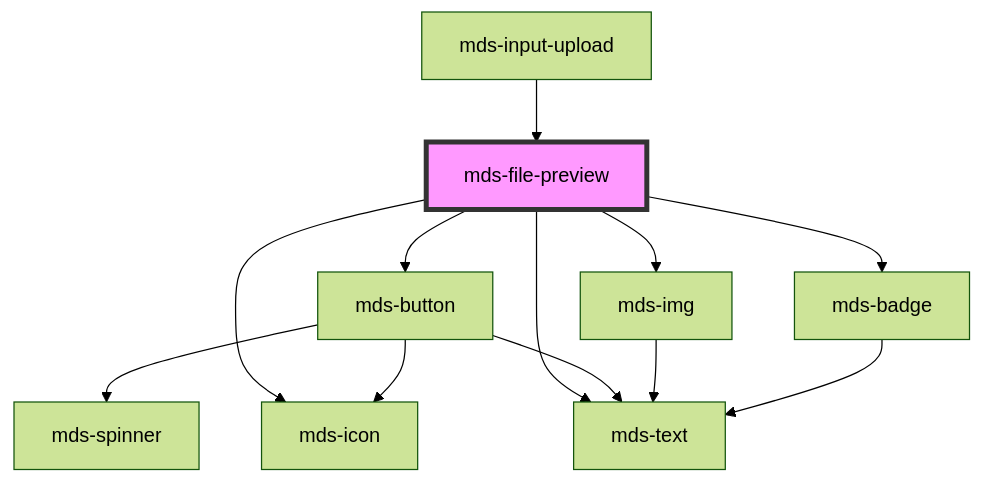
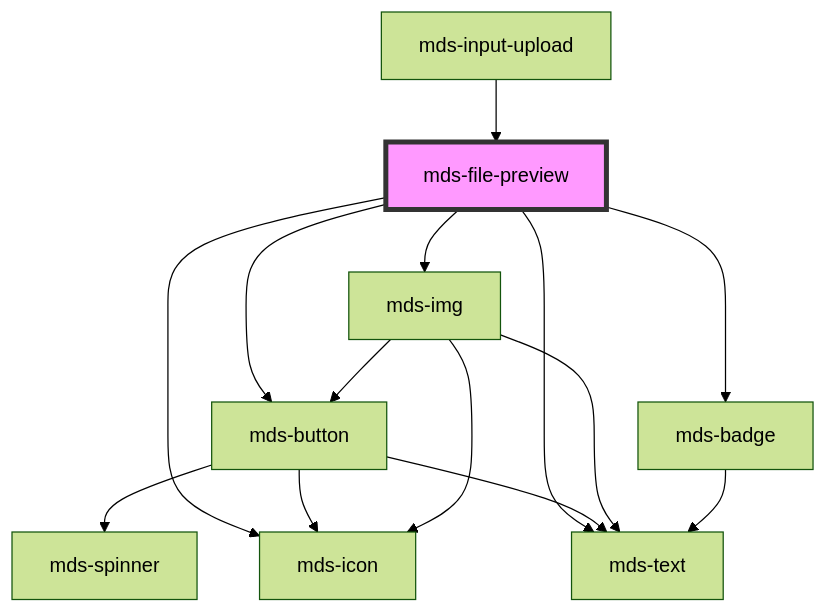
The diagram in projects/stencil/src/components/mds-file-preview/readme.md (magma-design-system/magma), drawn with Mermaid (forest theme) before and after one commit. The commit also changed 7 other files, not shown here.

````diff
--- a/projects/stencil/src/components/mds-file-preview/readme.md
+++ b/projects/stencil/src/components/mds-file-preview/readme.md
@@ -55,15 +55,17 @@
 ```mermaid
 graph TD;
   mds-file-preview --> mds-button
   mds-file-preview --> mds-img
   mds-file-preview --> mds-icon
   mds-file-preview --> mds-text
   mds-file-preview --> mds-badge
   mds-button --> mds-spinner
   mds-button --> mds-icon
   mds-button --> mds-text
+  mds-img --> mds-icon
   mds-img --> mds-text
+  mds-img --> mds-button
   mds-badge --> mds-text
   mds-input-upload --> mds-file-preview
   style mds-file-preview fill:#f9f,stroke:#333,stroke-width:4px
 ```
````
